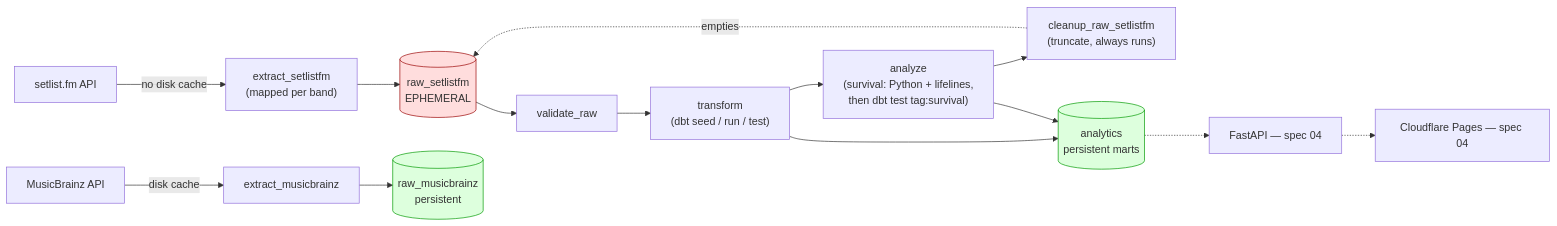
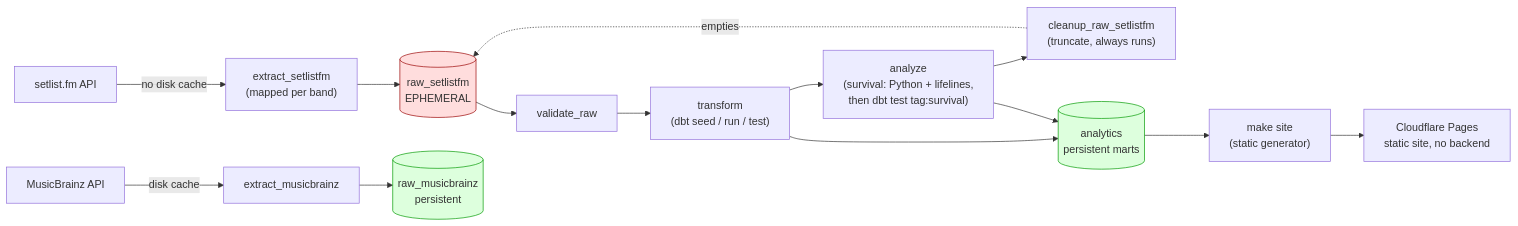
Before and after one commit to alexarnoni/encore-setlist-analytics: the diagram in README.md, drawn with Mermaid. The commit also changed other lines of this file, not shown here.

Commit message:
Update README to reflect the final state: static public site, no runtime API

````diff
--- a/README.md
+++ b/README.md
@@ -20,23 +20,25 @@
 ```mermaid
 flowchart LR
     SF["setlist.fm API"] -->|"no disk cache"| EXSF["extract_setlistfm\n(mapped per band)"]
     MB["MusicBrainz API"] -->|"disk cache"| EXMB["extract_musicbrainz"]
 
     EXSF --> RAWSF[("raw_setlistfm\nEPHEMERAL")]
     EXMB --> RAWMB[("raw_musicbrainz\npersistent")]
 
     RAWSF --> VALIDATE["validate_raw"]
     VALIDATE --> TRANSFORM["transform\n(dbt seed / run / test)"]
     TRANSFORM --> ANALYZE["analyze\n(survival: Python + lifelines,\nthen dbt test tag:survival)"]
     ANALYZE --> CLEANUP["cleanup_raw_setlistfm\n(truncate, always runs)"]
     CLEANUP -.->|empties| RAWSF
 
     TRANSFORM --> ANALYTICS[("analytics\npersistent marts")]
     ANALYZE --> ANALYTICS
-    ANALYTICS -.-> API["FastAPI — spec 04"]
-    API -.-> FRONTEND["Cloudflare Pages — spec 04"]
+    ANALYTICS --> BUILD["make site
+(static generator)"]
+    BUILD --> PAGES["Cloudflare Pages
+static site, no backend"]
 
     style RAWSF fill:#fdd,stroke:#900
     style RAWMB fill:#dfd,stroke:#090
     style ANALYTICS fill:#dfd,stroke:#090
 ```
````
